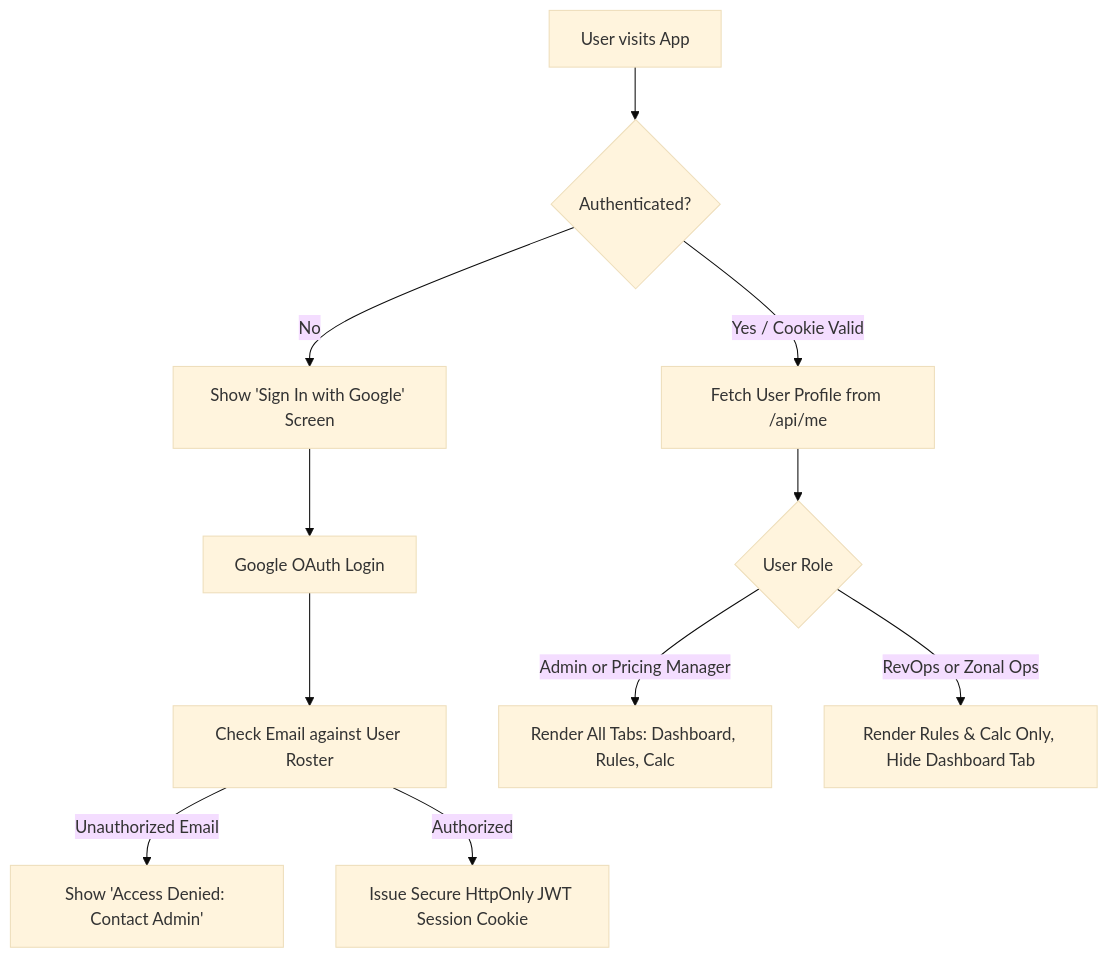
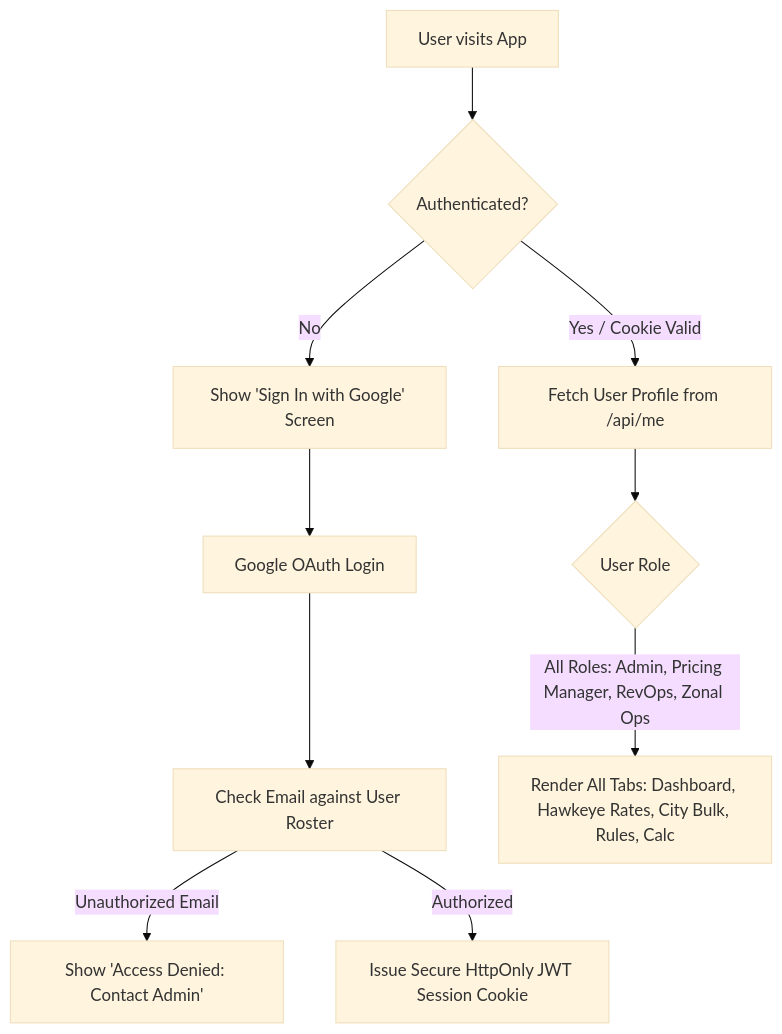
The diagram in MULTI_USER_ACCESS_PLAN.md (adityakumar-alt/TDF-Automator), drawn with Mermaid (base theme) before and after one commit. The commit also changed other lines of this file and 3 other files, not shown here.

Commit message:
feat(rbac): enable daily pricing dashboard for all roles (pricing manager, revops, zonal ops)

````diff
--- a/MULTI_USER_ACCESS_PLAN.md
+++ b/MULTI_USER_ACCESS_PLAN.md
@@ -65,13 +63,12 @@
 ```mermaid
 graph TD
     A[User visits App] --> B{Authenticated?}
     B -->|No| C[Show 'Sign In with Google' Screen]
     C --> D[Google OAuth Login]
     D --> E[Check Email against User Roster]
     E -->|Unauthorized Email| F[Show 'Access Denied: Contact Admin']
     E -->|Authorized| G[Issue Secure HttpOnly JWT Session Cookie]
     B -->|Yes / Cookie Valid| H[Fetch User Profile from /api/me]
     H --> I{User Role}
-    I -->|Admin or Pricing Manager| J[Render All Tabs: Dashboard, Rules, Calc]
-    I -->|RevOps or Zonal Ops| K[Render Rules & Calc Only, Hide Dashboard Tab]
+    I -->|All Roles: Admin, Pricing Manager, RevOps, Zonal Ops| J[Render All Tabs: Dashboard, Hawkeye Rates, City Bulk, Rules, Calc]
 ```
````
